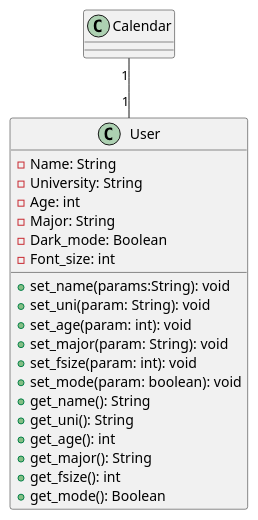
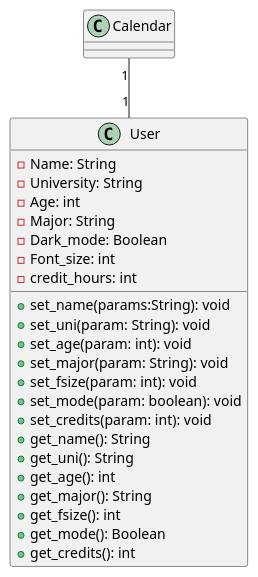
Before and after one commit to CS361-2024Fall-Term/Innovators: the diagram in assignment6/user.puml, drawn with PlantUML.

Commit message:
Update user.puml
added credit var

```diff
--- a/assignment6/user.puml
+++ b/assignment6/user.puml
@@ -1,33 +1,36 @@
 @startuml
 
 class User {
   -Name: String
   -University: String
   -Age: int
   -Major: String
   -Dark_mode: Boolean
   -Font_size: int
+  -credit_hours: int
   +set_name(params:String): void
   +set_uni(param: String): void
   +set_age(param: int): void
   +set_major(param: String): void
   +set_fsize(param: int): void
   +set_mode(param: boolean): void
+  +set_credits(param: int): void
   +get_name(): String
   +get_uni(): String
   +get_age(): int
   +get_major(): String
   +get_fsize(): int
   +get_mode(): Boolean
+  +get_credits(): int
  
 }
 
 class Calendar{
   
 }
 
 Calendar "1" -- "1" User
 
 
 
 @enduml
```
